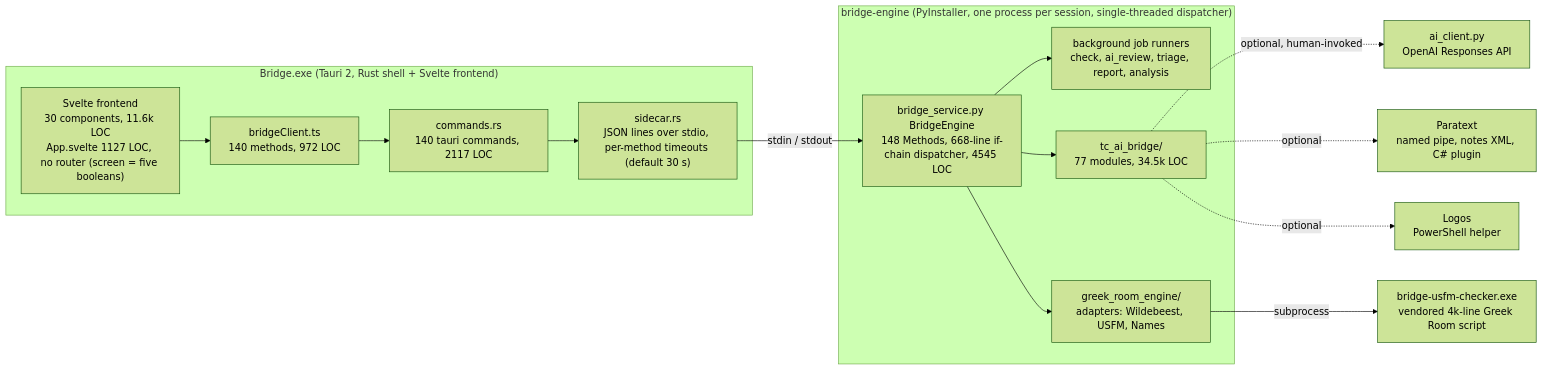
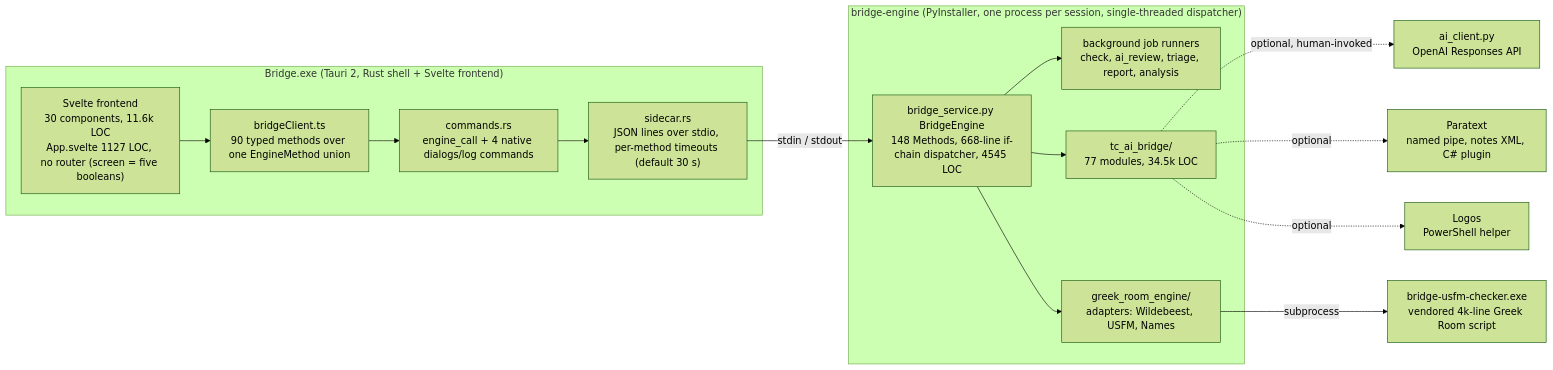
Before and after one commit to RevantCI/bridge: the first of 4 diagrams in docs/ARCHITECTURE.md, drawn with Mermaid (forest theme). The commit also changed other lines of this file and 6 other files, not shown here.

````diff
--- a/docs/ARCHITECTURE.md
+++ b/docs/ARCHITECTURE.md
@@ -27,24 +27,24 @@
 ```mermaid
 flowchart LR
   subgraph Desktop["Bridge.exe (Tauri 2, Rust shell + Svelte frontend)"]
     UI["Svelte frontend<br/>30 components, 11.6k LOC<br/>App.svelte 1127 LOC, no router (screen = five booleans)"]
-    TS["bridgeClient.ts<br/>140 methods, 972 LOC"]
-    RS["commands.rs<br/>140 tauri commands, 2117 LOC"]
+    TS["bridgeClient.ts<br/>90 typed methods over one EngineMethod union"]
+    RS["commands.rs<br/>engine_call + 4 native dialogs/log commands"]
     SC["sidecar.rs<br/>JSON lines over stdio, per-method timeouts (default 30 s)"]
     UI --> TS --> RS --> SC
   end
   SC -- "stdin / stdout" --> ENG
   subgraph Sidecar["bridge-engine (PyInstaller, one process per session, single-threaded dispatcher)"]
     ENG["bridge_service.py BridgeEngine<br/>148 Methods, 668-line if-chain dispatcher, 4545 LOC"]
     JOBS["background job runners<br/>check, ai_review, triage, report, analysis"]
     TC["tc_ai_bridge/<br/>77 modules, 34.5k LOC"]
     GR["greek_room_engine/<br/>adapters: Wildebeest, USFM, Names"]
     ENG --> JOBS
     ENG --> TC
     ENG --> GR
   end
   GR -- "subprocess" --> USFMX["bridge-usfm-checker.exe<br/>vendored 4k-line Greek Room script"]
   TC -. "optional, human-invoked" .-> AI["ai_client.py<br/>OpenAI Responses API"]
   TC -. "optional" .-> PT["Paratext<br/>named pipe, notes XML, C# plugin"]
   TC -. "optional" .-> LG["Logos<br/>PowerShell helper"]
 ```
````
